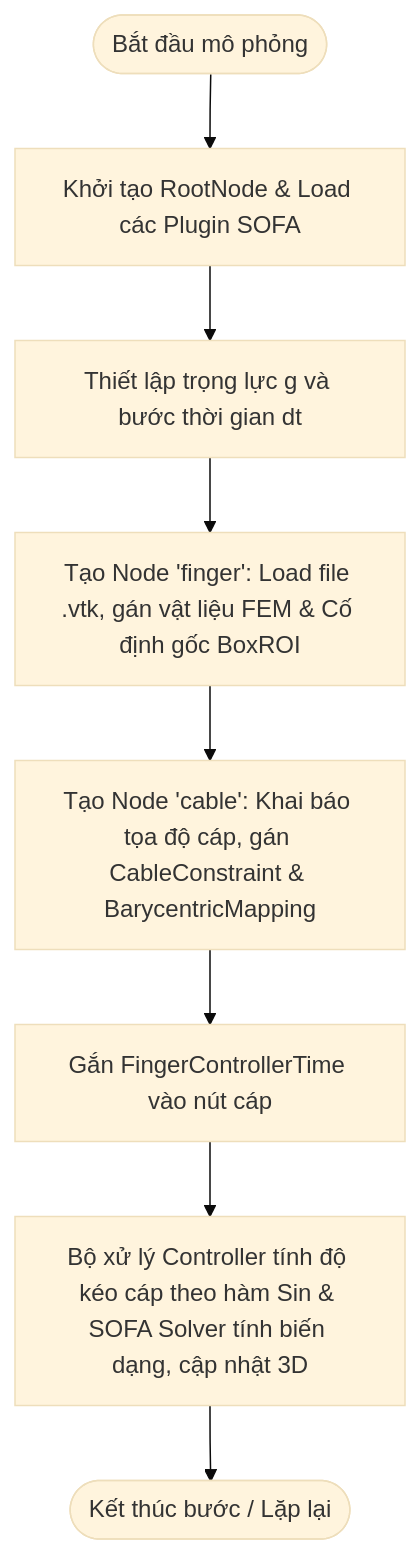
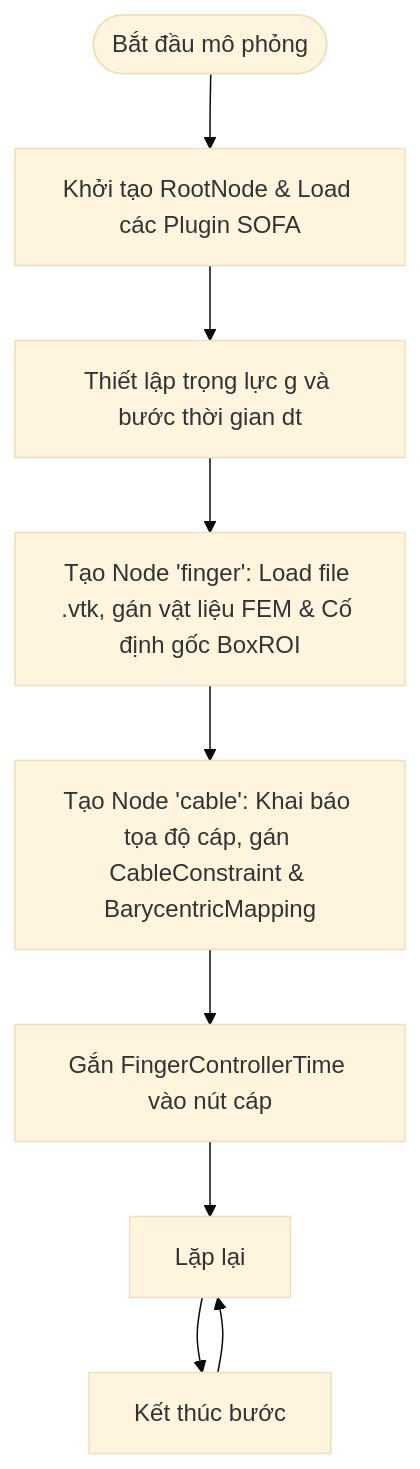
Before and after one commit to KHA1386/SOFA-cable-controlled-finger-Khuat-Hung-Anh: the diagram in README.md, drawn with Mermaid (base theme).

````diff
--- a/README.md
+++ b/README.md
@@ -92,10 +92,11 @@
 ```mermaid
 flowchart TD
     A([Bắt đầu mô phỏng]) --> B[Khởi tạo RootNode & Load các Plugin SOFA]
     B --> C[Thiết lập trọng lực g và bước thời gian dt]
     C --> D[Tạo Node 'finger': Load file .vtk, gán vật liệu FEM & Cố định gốc BoxROI]
     D --> E[Tạo Node 'cable': Khai báo tọa độ cáp, gán CableConstraint & BarycentricMapping]
     E --> F[Gắn FingerControllerTime vào nút cáp]
     F --> G[Bộ xử lý Controller tính độ kéo cáp theo hàm Sin & SOFA Solver tính biến dạng, cập nhật 3D]
-    G --> H([Kết thúc bước / Lặp lại])
+    G --> H[Kết thúc bước]
+    H --> G[Lặp lại]
 ```
````
